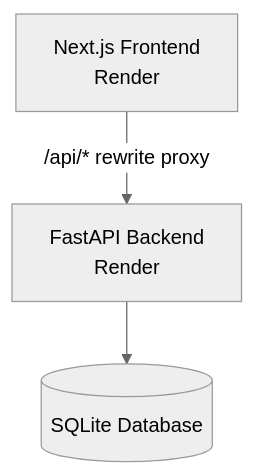
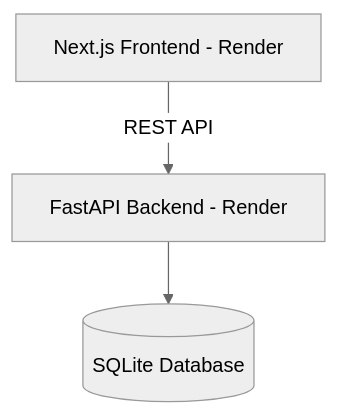
Before and after one commit to Paridhi81/airbnb-clone: the first of 2 diagrams in README.md, drawn with Mermaid (neutral theme). The commit also changed other lines of this file, not shown here.

Commit message:
Revise system architecture section in README
Updated system architecture diagram for clarity.

````diff
--- a/README.md
+++ b/README.md
@@ -35,5 +37,5 @@
 ```mermaid
 flowchart TD
-    A[Next.js Frontend<br/>Render] -->|/api/* rewrite proxy| B[FastAPI Backend<br/>Render]
-    B --> C[(SQLite Database)]
+    A["Next.js Frontend - Render"] -->|REST API| B["FastAPI Backend - Render"]
+    B --> C[("SQLite Database")]
 ```
````
